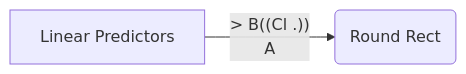
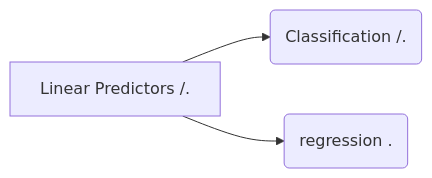
The diagram in AI/02_Linear Predictor.md (EumMericano-Study/TIL), drawn with Mermaid before and after one commit. The commit also changed other lines of this file, not shown here.

Commit message:
AI/02_Linear Predictor.md updated from https://stackedit.io/

````diff
--- a/AI/02_Linear Predictor.md
+++ b/AI/02_Linear Predictor.md
@@ -10,5 +10,5 @@
 ```mermaid
 graph LR
-A[Linear Predictors ] -- > B((Cl   .))
-A --> C(Round Rect)
+A[Linear Predictors         /.] --> B(Classification      /.)
+A --> C(regression       .)
 ```
````
